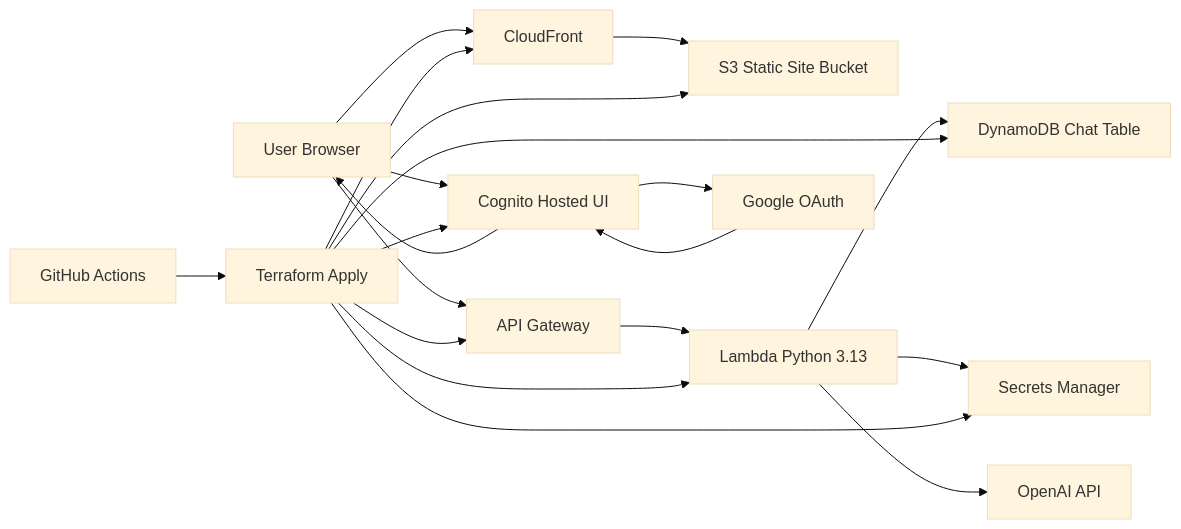
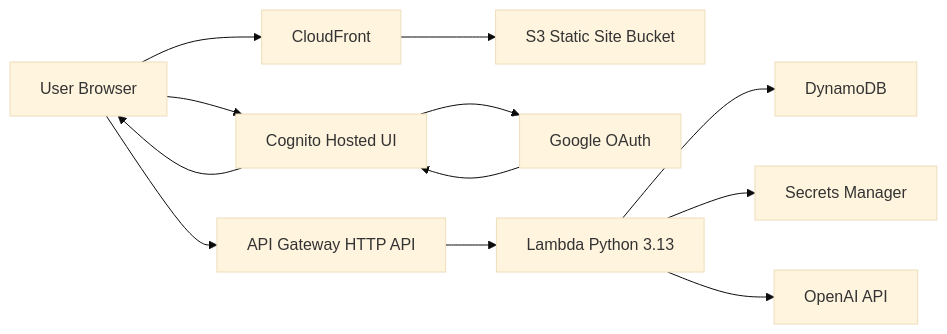
The first of 2 diagrams in README.md (ray-chunkit-chung/oauth2-cognito), drawn with Mermaid (base theme) before and after one commit. The commit also changed other lines of this file, not shown here.

````diff
--- a/README.md
+++ b/README.md
@@ -86,37 +44,27 @@
 ```mermaid
 flowchart LR
-  User[User Browser]
+  U[User Browser]
   CF[CloudFront]
   S3[S3 Static Site Bucket]
-  API[API Gateway]
+  COG[Cognito Hosted UI]
+  G[Google OAuth]
+  API[API Gateway HTTP API]
   L[Lambda Python 3.13]
-  DDB[DynamoDB Chat Table]
+  DDB[DynamoDB]
   SM[Secrets Manager]
   OAI[OpenAI API]
-  Cognito[Cognito Hosted UI]
-  Google[Google OAuth]
-  GHA[GitHub Actions]
-  TF[Terraform Apply]
 
-  User --> CF
+  U --> CF
   CF --> S3
-  User --> API
+
+  U --> COG
+  COG --> G
+  G --> COG
+  COG --> U
+
+  U --> API
   API --> L
   L --> DDB
   L --> SM
   L --> OAI
-
-  User --> Cognito
-  Cognito --> Google
-  Google --> Cognito
-  Cognito --> User
-
-  GHA --> TF
-  TF --> CF
-  TF --> S3
-  TF --> API
-  TF --> L
-  TF --> DDB
-  TF --> SM
-  TF --> Cognito
 ```
````
